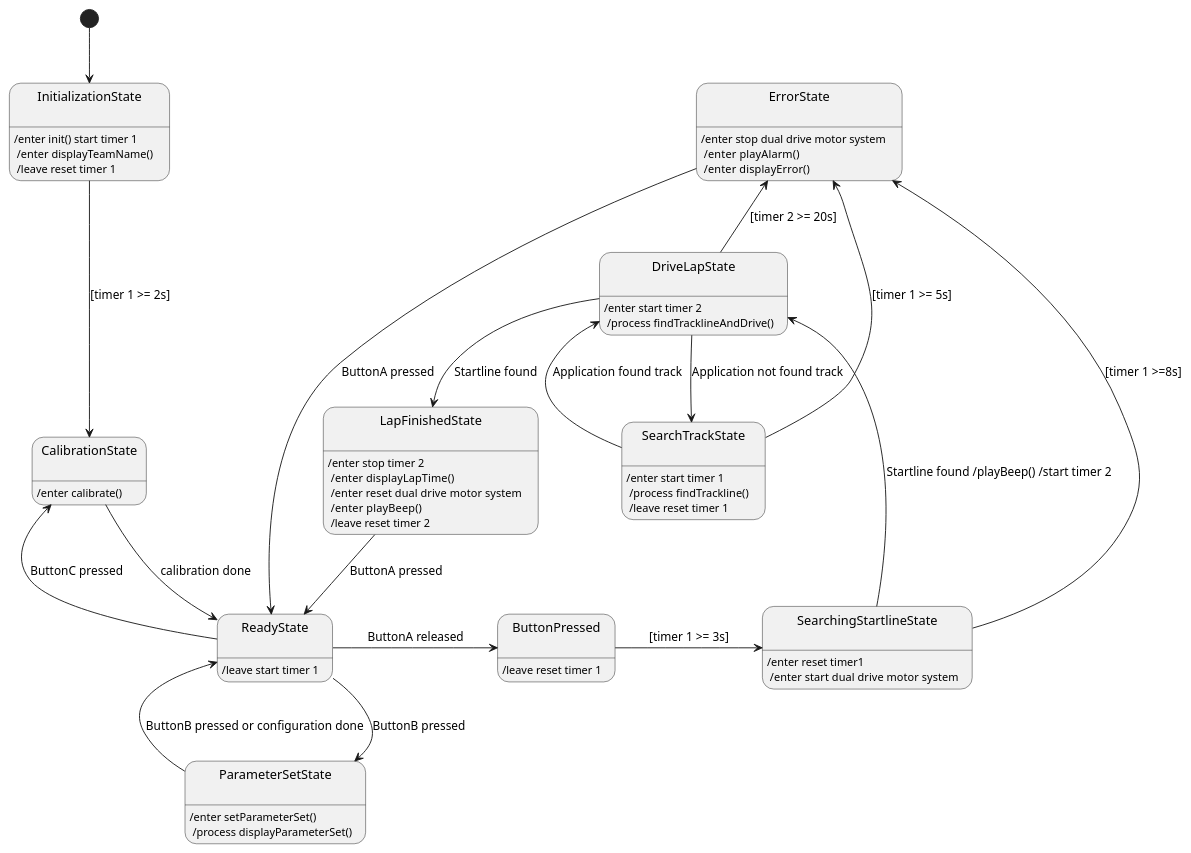
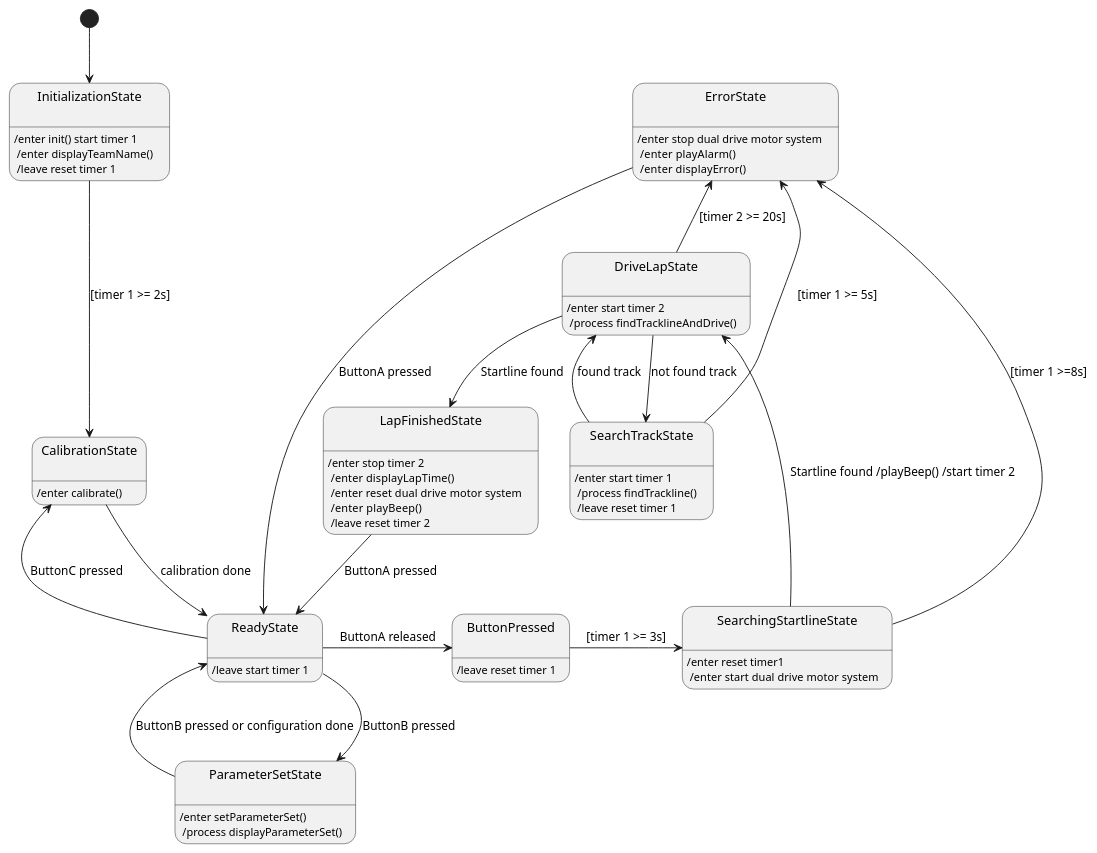
Before and after one commit to Jordan5652/Line-Follower-Software-for-Pololu-Zumo32U4: the diagram in Task 2/State Diagram/State Diagram/Statediagram.wsd, drawn with PlantUML.

```diff
--- a/Task 2/State Diagram/State Diagram/Statediagram.wsd
+++ b/Task 2/State Diagram/State Diagram/Statediagram.wsd
@@ -1,33 +1,33 @@
 @startuml
 [*] --> State1
 
 state State1 as "InitializationState\n": /enter init() start timer 1 \n /enter displayTeamName() \n /leave reset timer 1
 state State2 as "ReadyState\n": /leave start timer 1 
 state State3 as "CalibrationState\n": /enter calibrate()
 state State4 as "ParameterSetState\n": /enter setParameterSet() \n /process displayParameterSet()
 state State5 as "SearchingStartlineState\n": /enter reset timer1 \n /enter  start dual drive motor system
 state State6 as "DriveLapState\n": /enter start timer 2 \n /process findTracklineAndDrive()
 state State7 as "LapFinishedState\n": /enter stop timer 2 \n /enter  displayLapTime() \n /enter  reset dual drive motor system \n /enter  playBeep() \n /leave reset timer 2
 state State8 as "SearchTrackState\n": /enter start timer 1 \n /process findTrackline() \n /leave reset timer 1
 state State9 as "ErrorState\n": /enter stop dual drive motor system \n /enter  playAlarm() \n /enter  displayError()
 state State10 as "ButtonPressed\n": /leave reset timer 1
 
  
 State1 -down--> State3 : [timer 1 >= 2s]
 State2 -up-> State3 : ButtonC pressed
 State2 -down-> State4 : ButtonB pressed
 State2 -right-> State10 : ButtonA released
 State10 -right-> State5 : [timer 1 >= 3s]
 State2 <-down- State3 : calibration done
 State2 <-left- State4 : ButtonB pressed or configuration done
 
 State5 -right-> State6 : Startline found /playBeep() /start timer 2
-State6 -down-> State8 : Application not found track
-State8 -up-> State6 : Application found track
+State6 -down-> State8 : not found track
+State8 -up-> State6 : found track
 State6 -down-> State7 : Startline found
 State6 -up-> State9 : [timer 2 >= 20s]
 State7 -down-> State2 : ButtonA pressed
 State8 -up-> State9 : [timer 1 >= 5s]
 State5 --> State9 : [timer 1 >=8s]
 State9 -down-> State2 : ButtonA pressed
 @enduml
```
